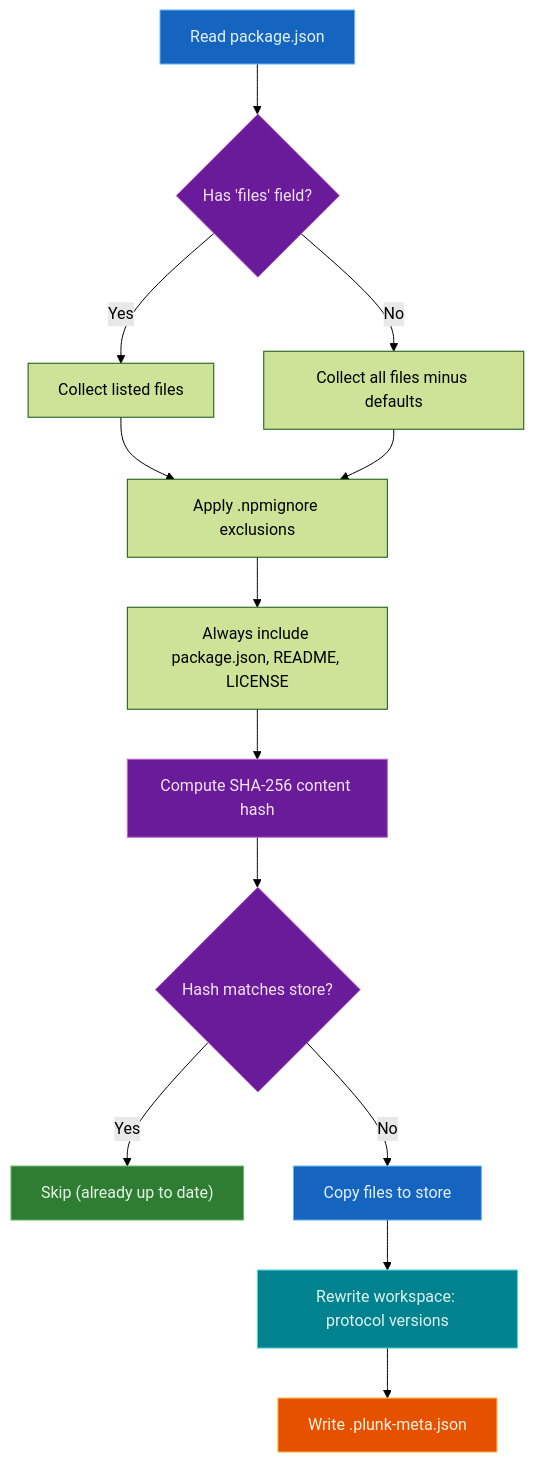
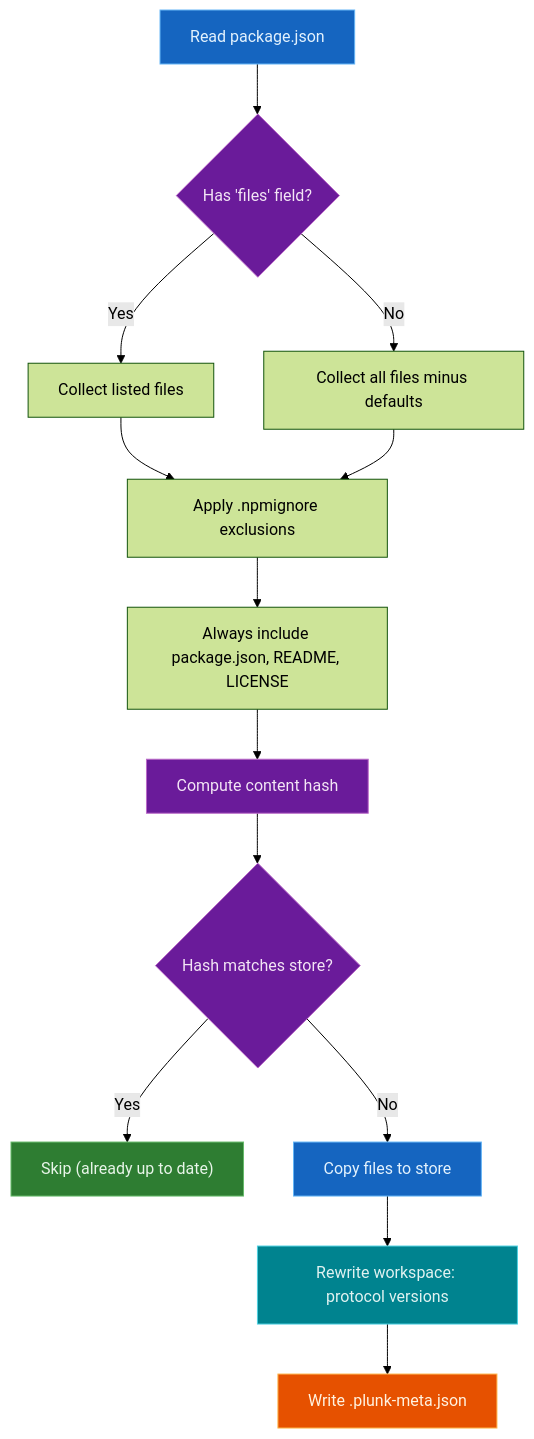
One commit to oleg-kuibar/plunk changed the second of 5 diagrams in docs/how-it-works.md. Above: the diagram before and after it, drawn with Mermaid (forest theme). The commit also changed other lines of this file and 8 other files, not shown here.

````diff
--- a/docs/how-it-works.md
+++ b/docs/how-it-works.md
@@ -73,24 +73,24 @@
 ```mermaid
 flowchart TD
     A[Read package.json] --> B{Has 'files' field?}
     B -- Yes --> C[Collect listed files]
     B -- No --> D[Collect all files minus defaults]
     C --> E[Apply .npmignore exclusions]
     D --> E
     E --> F[Always include package.json, README, LICENSE]
-    F --> G[Compute SHA-256 content hash]
+    F --> G[Compute content hash]
     G --> H{Hash matches store?}
     H -- Yes --> I["Skip (already up to date)"]
     H -- No --> J[Copy files to store]
     J --> K[Rewrite workspace: protocol versions]
     K --> L[Write .plunk-meta.json]
 
     style A fill:#1565c0,stroke:#64b5f6,color:#e3f2fd
     style B fill:#6a1b9a,stroke:#ba68c8,color:#f3e5f5
     style G fill:#6a1b9a,stroke:#ba68c8,color:#f3e5f5
     style H fill:#6a1b9a,stroke:#ba68c8,color:#f3e5f5
     style I fill:#2e7d32,stroke:#66bb6a,color:#e8f5e9
     style J fill:#1565c0,stroke:#64b5f6,color:#e3f2fd
     style K fill:#00838f,stroke:#4dd0e1,color:#e0f2f1
     style L fill:#e65100,stroke:#ffb74d,color:#fff3e0
 ```
````
